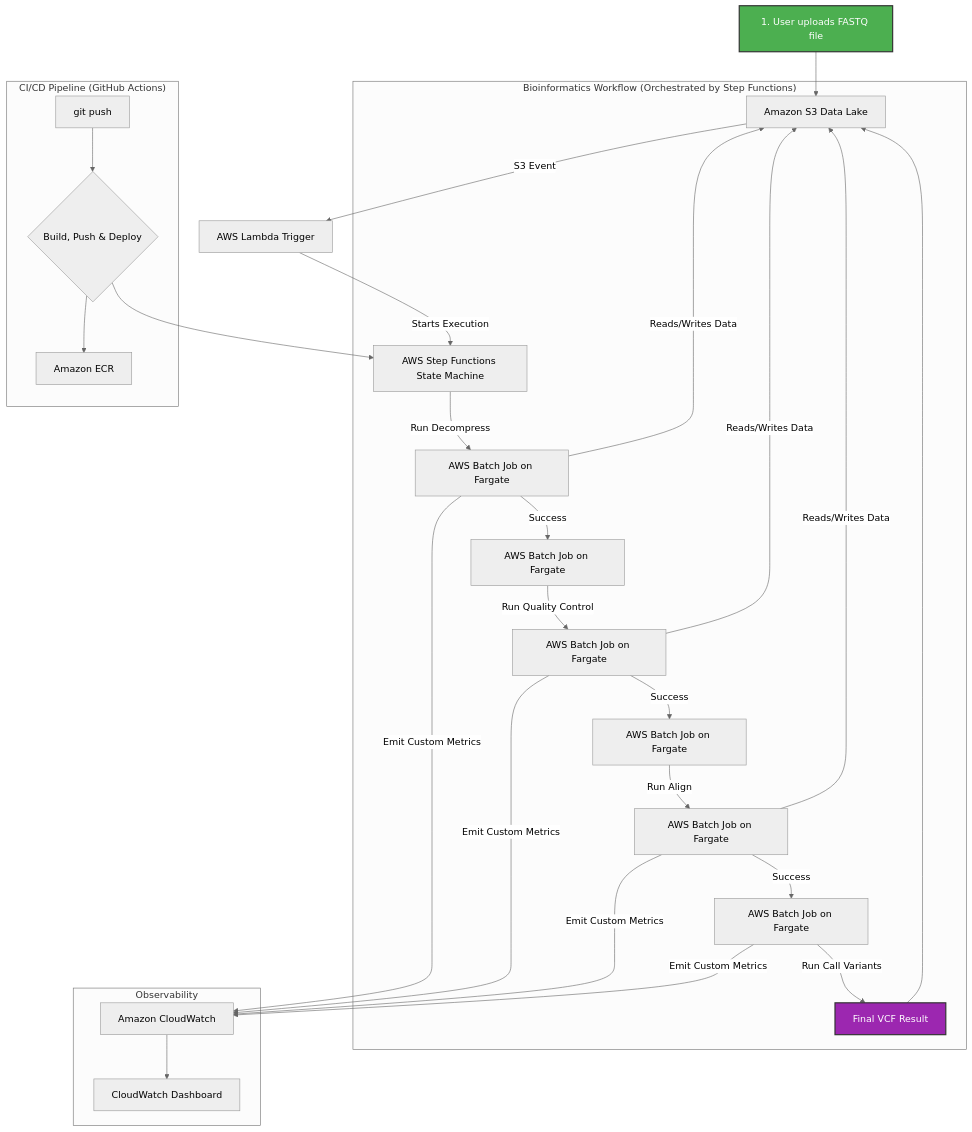
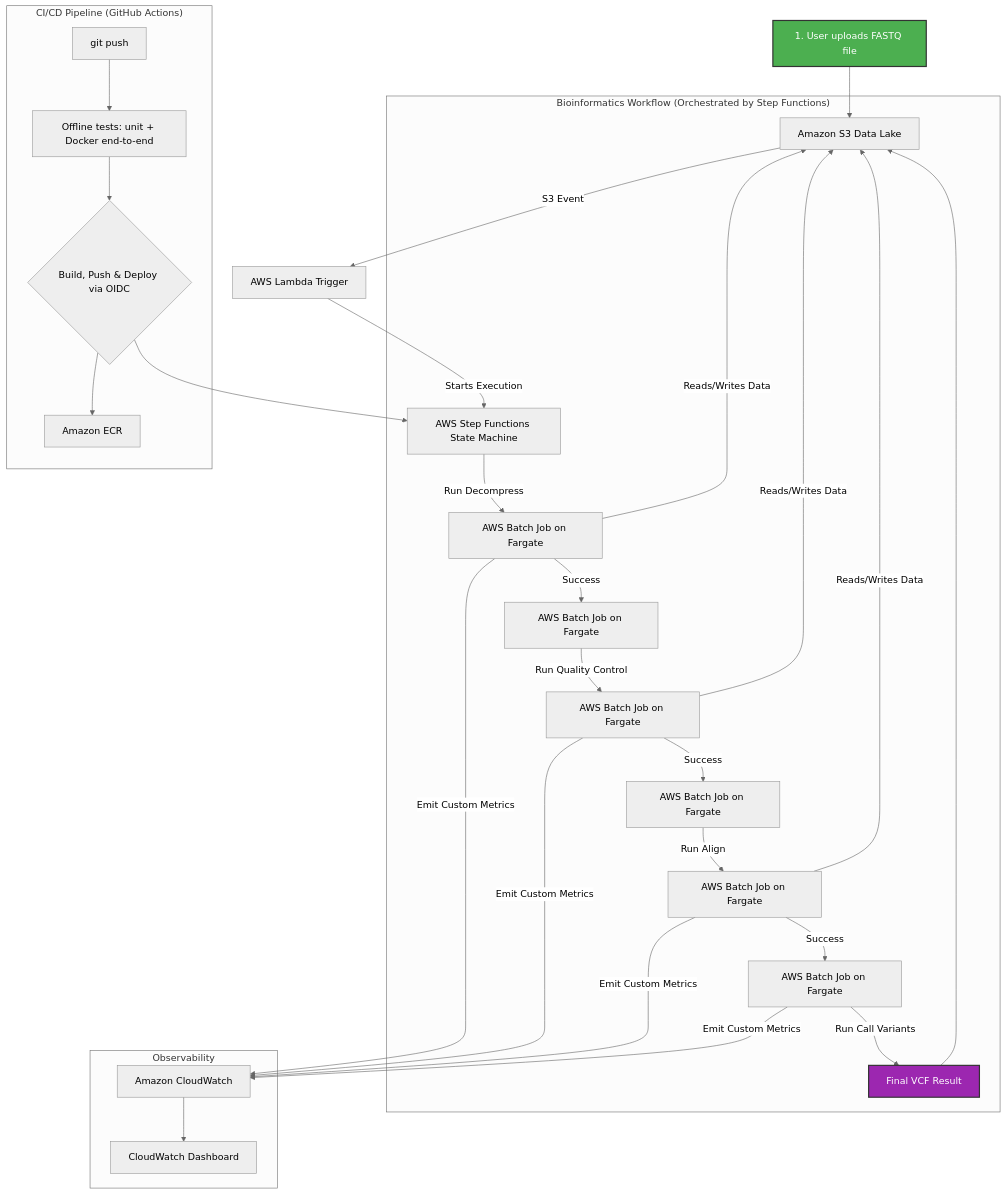
One commit to Harry5haw/Geyser-Genomics changed the diagram in README.md. Above: the diagram before and after it, drawn with Mermaid (neutral theme). The commit also changed other lines of this file and 18 other files, not shown here.

First line of the commit message:
Run the pipeline offline: local storage backend, tests and Docker E2E

````diff
--- a/README.md
+++ b/README.md
@@ -175,37 +181,38 @@
 ```mermaid
 graph TD
     A[1. User uploads FASTQ file] --> B[Amazon S3 Data Lake];
     B -- S3 Event --> C[AWS Lambda Trigger];
     C -- Starts Execution --> D[AWS Step Functions State Machine];
 
     subgraph "Bioinformatics Workflow (Orchestrated by Step Functions)"
         D -- "Run Decompress" --> E[AWS Batch Job on Fargate];
         E -- "Reads/Writes Data" --> B;
         E -- "Success" --> F[AWS Batch Job on Fargate];
         F -- "Run Quality Control" --> G[AWS Batch Job on Fargate];
         G -- "Reads/Writes Data" --> B;
         G -- "Success" --> H[AWS Batch Job on Fargate];
         H -- "Run Align" --> I[AWS Batch Job on Fargate];
         I -- "Reads/Writes Data" --> B;
         I -- "Success" --> J[AWS Batch Job on Fargate];
         J -- "Run Call Variants" --> K[Final VCF Result];
         K --> B;
     end
     
     subgraph "CI/CD Pipeline (GitHub Actions)"
-        L[git push] --> M{Build, Push & Deploy};
+        L[git push] --> T[Offline tests: unit + Docker end-to-end];
+        T --> M{Build, Push & Deploy via OIDC};
         M --> N[Amazon ECR];
         M --> D;
     end
     
     subgraph "Observability"
         E -- "Emit Custom Metrics" --> O[Amazon CloudWatch];
         G -- "Emit Custom Metrics" --> O;
         I -- "Emit Custom Metrics" --> O;
         J -- "Emit Custom Metrics" --> O;
         O --> P[CloudWatch Dashboard];
     end
 
     style A fill:#4CAF50,stroke:#333,stroke-width:2px,color:#fff
     style K fill:#9C27B0,stroke:#333,stroke-width:2px,color:#fff
 ```
````
